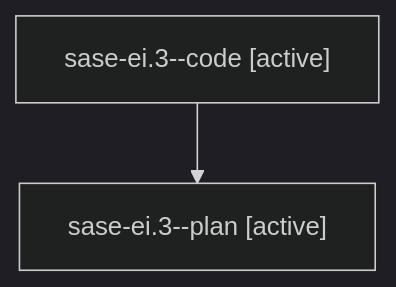
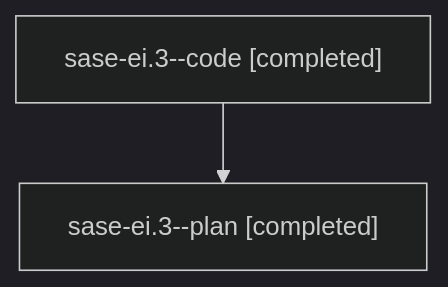
Before and after one commit to sase-org/sase--agents: the diagram in families/bbugyi200.athena.sase-ei.3.md, drawn with Mermaid (dark theme). The commit also changed other lines of this file and 36 other files, not shown here.

````diff
--- a/families/bbugyi200.athena.sase-ei.3.md
+++ b/families/bbugyi200.athena.sase-ei.3.md
@@ -9,6 +9,6 @@
 ```mermaid
 flowchart TD
-  n0["sase-ei.3--code [active]"]
-  n1["sase-ei.3--plan [active]"]
+  n0["sase-ei.3--code [completed]"]
+  n1["sase-ei.3--plan [completed]"]
   n0 --> n1
 ```
````
